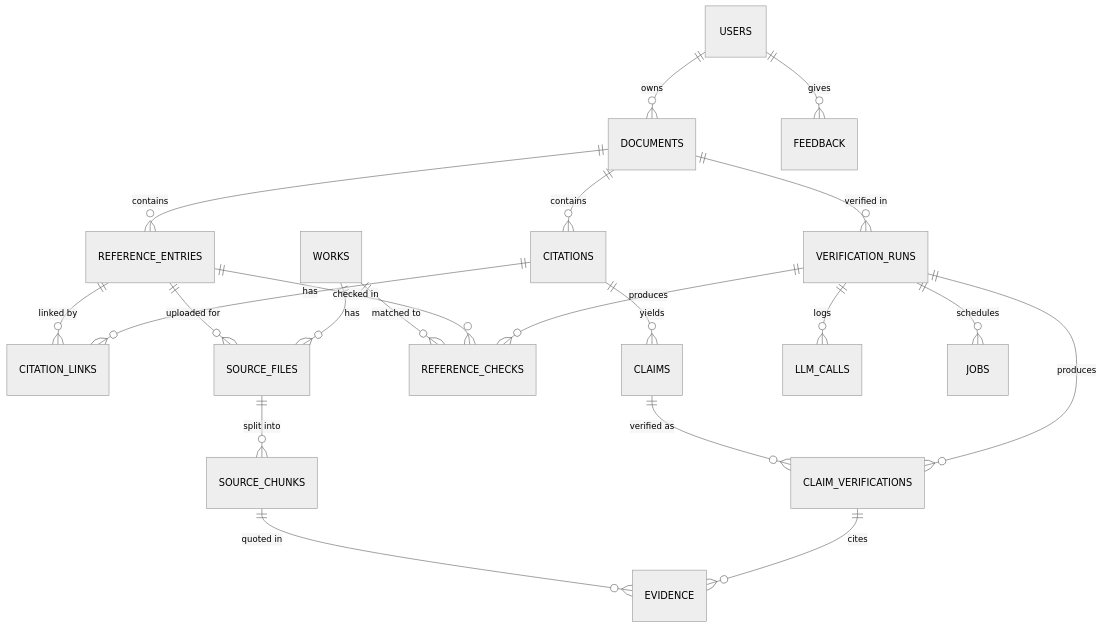
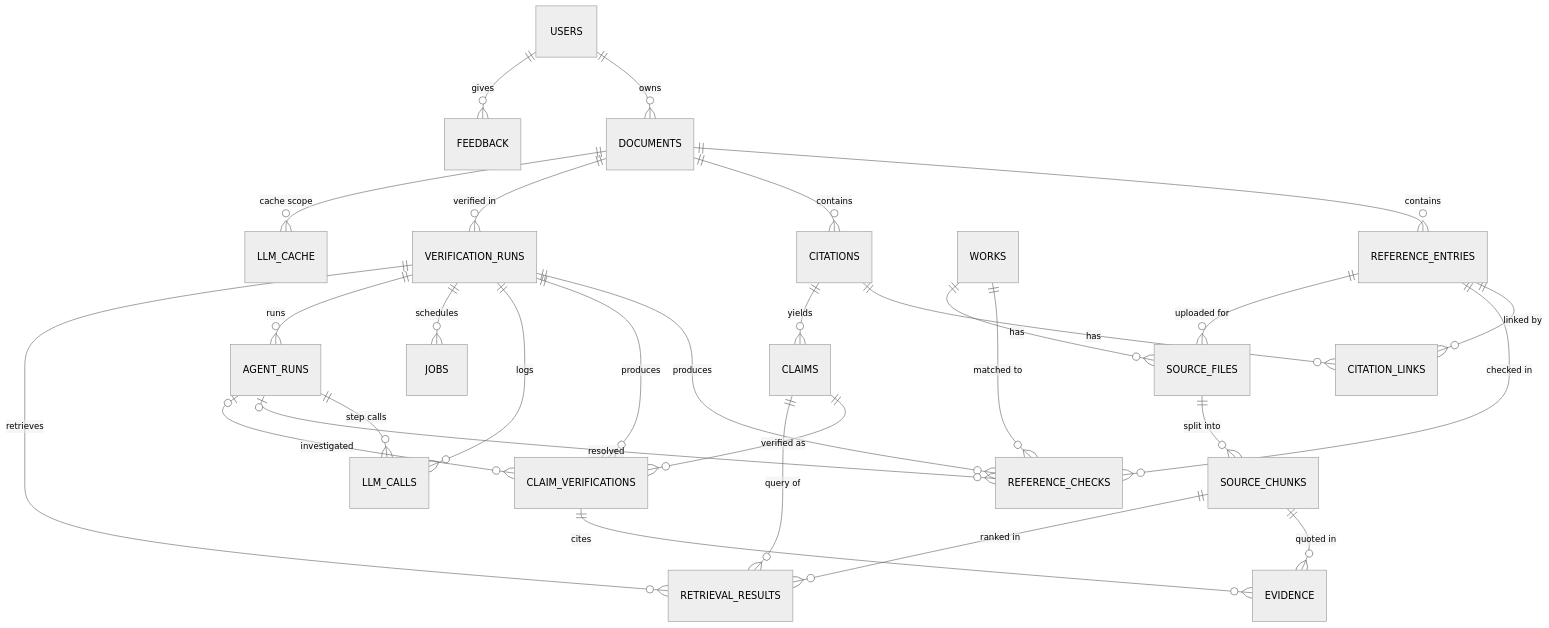
The diagram in docs/08-database-design.md (giangleco/CITE-PROOF), drawn with Mermaid (neutral theme) before and after one commit. The commit also changed other lines of this file and 14 other files, not shown here.

````diff
--- a/docs/08-database-design.md
+++ b/docs/08-database-design.md
@@ -31,23 +33,31 @@
 ```mermaid
 erDiagram
     USERS ||--o{ DOCUMENTS : owns
     DOCUMENTS ||--o{ REFERENCE_ENTRIES : contains
     DOCUMENTS ||--o{ CITATIONS : contains
     CITATIONS ||--o{ CITATION_LINKS : has
     REFERENCE_ENTRIES ||--o{ CITATION_LINKS : "linked by"
     CITATIONS ||--o{ CLAIMS : yields
     DOCUMENTS ||--o{ VERIFICATION_RUNS : "verified in"
     VERIFICATION_RUNS ||--o{ REFERENCE_CHECKS : produces
     REFERENCE_ENTRIES ||--o{ REFERENCE_CHECKS : "checked in"
     WORKS ||--o{ REFERENCE_CHECKS : "matched to"
     WORKS ||--o{ SOURCE_FILES : has
     REFERENCE_ENTRIES ||--o{ SOURCE_FILES : "uploaded for"
     SOURCE_FILES ||--o{ SOURCE_CHUNKS : "split into"
     VERIFICATION_RUNS ||--o{ CLAIM_VERIFICATIONS : produces
     CLAIMS ||--o{ CLAIM_VERIFICATIONS : "verified as"
     CLAIM_VERIFICATIONS ||--o{ EVIDENCE : cites
     SOURCE_CHUNKS ||--o{ EVIDENCE : "quoted in"
     USERS ||--o{ FEEDBACK : gives
     VERIFICATION_RUNS ||--o{ LLM_CALLS : logs
     VERIFICATION_RUNS ||--o{ JOBS : schedules
+    VERIFICATION_RUNS ||--o{ AGENT_RUNS : runs
+    AGENT_RUNS ||--o{ LLM_CALLS : "step calls"
+    AGENT_RUNS |o--o{ REFERENCE_CHECKS : "resolved"
+    AGENT_RUNS |o--o{ CLAIM_VERIFICATIONS : "investigated"
+    VERIFICATION_RUNS ||--o{ RETRIEVAL_RESULTS : retrieves
+    CLAIMS ||--o{ RETRIEVAL_RESULTS : "query of"
+    SOURCE_CHUNKS ||--o{ RETRIEVAL_RESULTS : "ranked in"
+    DOCUMENTS ||--o{ LLM_CACHE : "cache scope"
 ```
````
